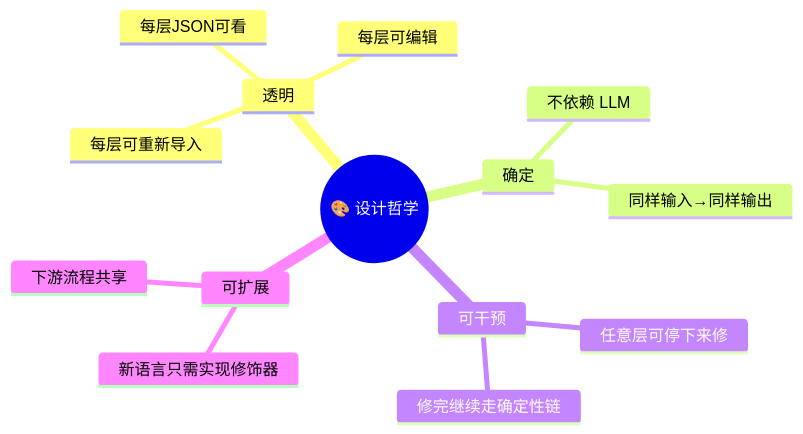
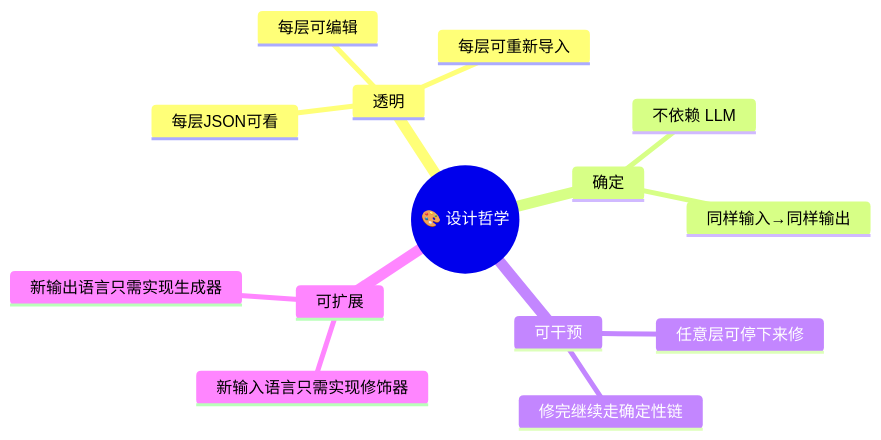
Before and after one commit to PassByYou888/LingoFuse-pasAgent: the tenth of 46 diagrams in code_generate_mcp.md, drawn with Mermaid. The commit also changed other lines of this file, not shown here.

````diff
--- a/code_generate_mcp.md
+++ b/code_generate_mcp.md
@@ -130,17 +436,17 @@
 ```mermaid
 mindmap
   root(("🎨 设计哲学"))
     透明
       每层JSON可看
       每层可编辑
       每层可重新导入
     确定
       不依赖 LLM
       同样输入→同样输出
     可干预
       任意层可停下来修
       修完继续走确定性链
     可扩展
-      新语言只需实现修饰器
-      下游流程共享
+      新输入语言只需实现修饰器
+      新输出语言只需实现生成器
 ```
````
